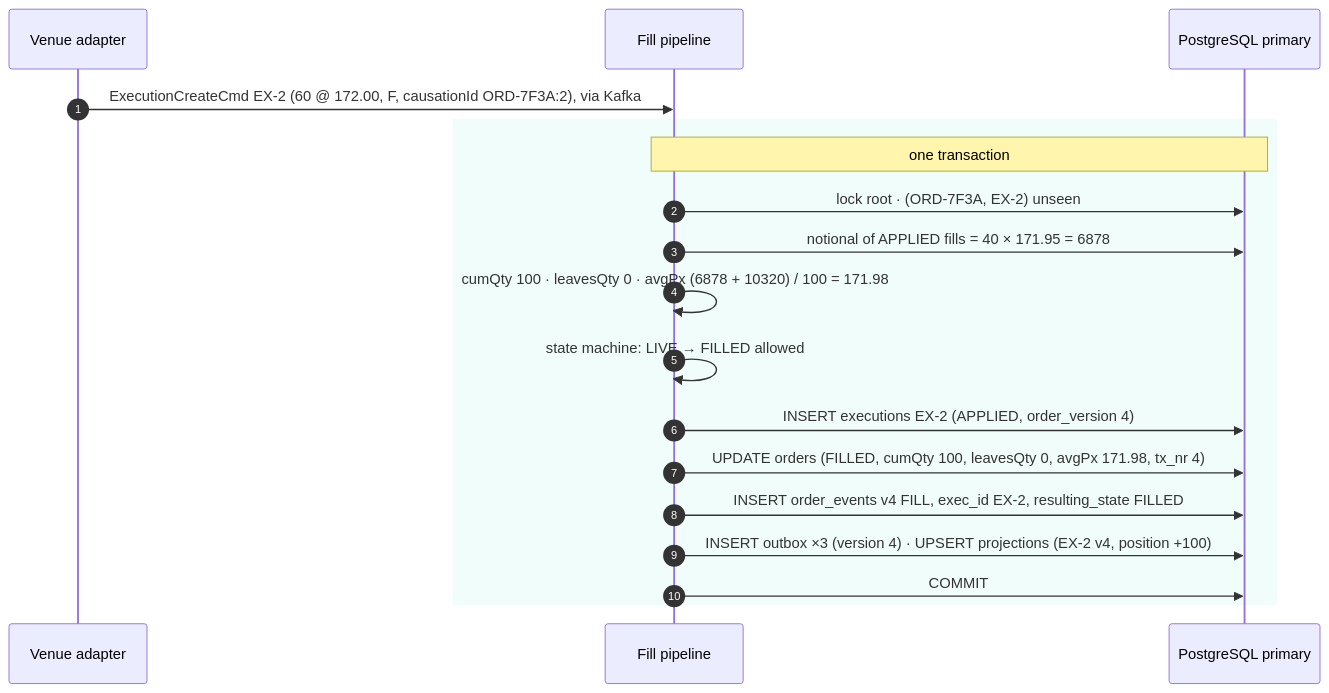
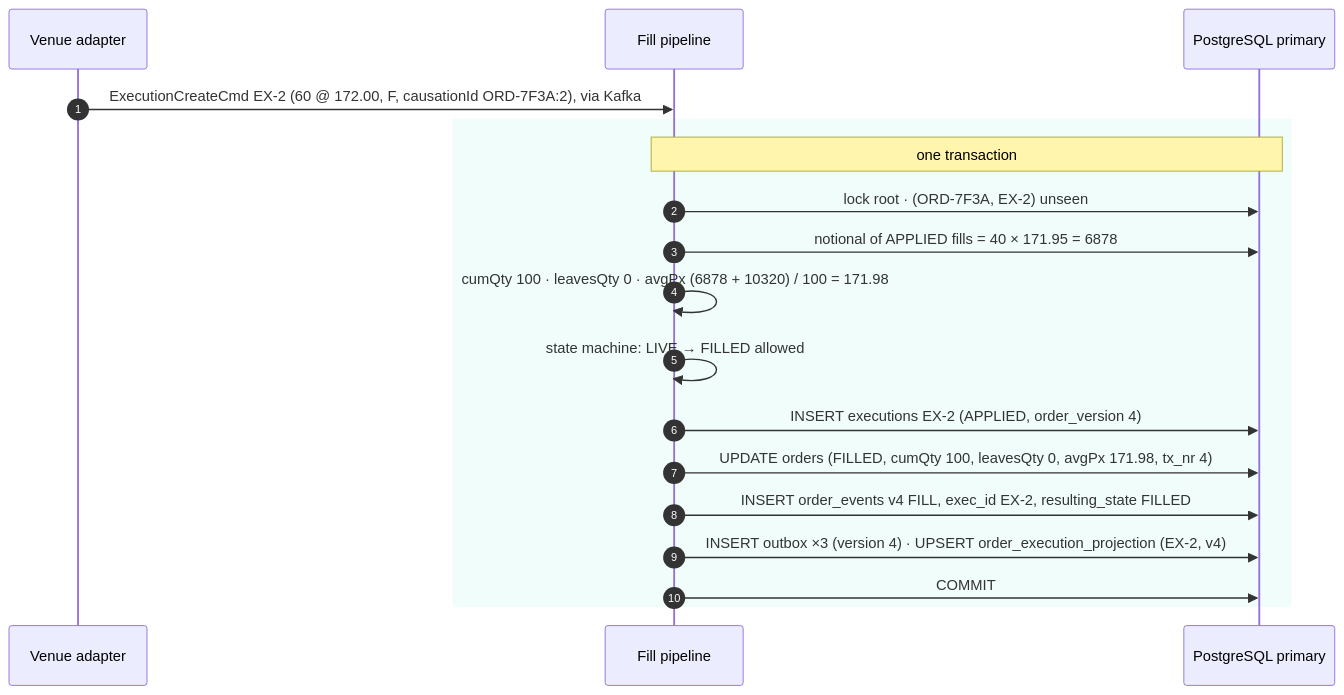
One commit to tbaderts/oms changed the seventh of 10 diagrams in oms-core/docs/target-architecture.md. Above: the diagram before and after it, drawn with Mermaid. The commit also changed other lines of this file and 219 other files, not shown here.

Commit message:
ui improvements, target architecture updates

````diff
--- a/oms-core/docs/target-architecture.md
+++ b/oms-core/docs/target-architecture.md
@@ -469,21 +477,21 @@
 ```mermaid
 sequenceDiagram
     autonumber
     participant V as Venue adapter
     participant P as Fill pipeline
     participant DB as PostgreSQL primary
 
     V->>P: ExecutionCreateCmd EX-2 (60 @ 172.00, F, causationId ORD-7F3A:2), via Kafka
     rect rgb(240, 253, 250)
         Note over P,DB: one transaction
         P->>DB: lock root · (ORD-7F3A, EX-2) unseen
         P->>DB: notional of APPLIED fills = 40 × 171.95 = 6878
         P->>P: cumQty 100 · leavesQty 0 · avgPx (6878 + 10320) / 100 = 171.98
         P->>P: state machine: LIVE → FILLED allowed
         P->>DB: INSERT executions EX-2 (APPLIED, order_version 4)
         P->>DB: UPDATE orders (FILLED, cumQty 100, leavesQty 0, avgPx 171.98, tx_nr 4)
         P->>DB: INSERT order_events v4 FILL, exec_id EX-2, resulting_state FILLED
-        P->>DB: INSERT outbox ×3 (version 4) · UPSERT projections (EX-2 v4, position +100)
+        P->>DB: INSERT outbox ×3 (version 4) · UPSERT order_execution_projection (EX-2, v4)
         P->>DB: COMMIT
     end
 ```
````
